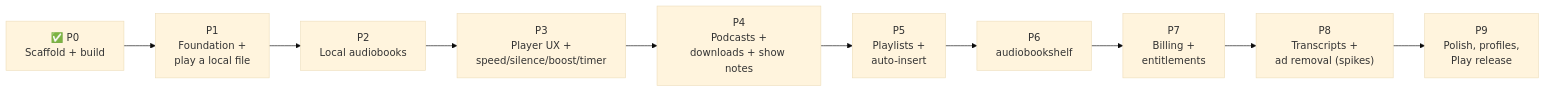
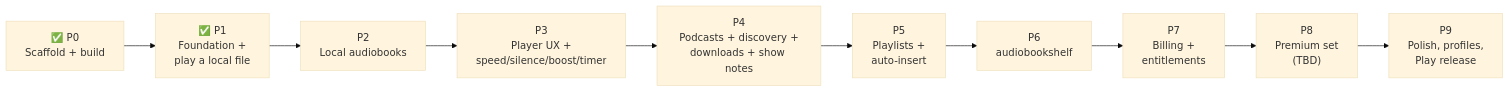
One commit to ricetim/orator changed the seventh of 7 diagrams in docs/architecture.md. Above: the diagram before and after it, drawn with Mermaid (base theme). The commit also changed other lines of this file, not shown here.

First line of the commit message:
docs: fold 2026-06-09 product decisions into the architecture plan

````diff
--- a/docs/architecture.md
+++ b/docs/architecture.md
@@ -596,12 +616,12 @@
 ```mermaid
 flowchart LR
-    P0["✅ P0<br/>Scaffold + build"] --> P1["P1<br/>Foundation +<br/>play a local file"]
+    P0["✅ P0<br/>Scaffold + build"] --> P1["✅ P1<br/>Foundation +<br/>play a local file"]
     P1 --> P2["P2<br/>Local audiobooks"]
     P2 --> P3["P3<br/>Player UX +<br/>speed/silence/boost/timer"]
-    P3 --> P4["P4<br/>Podcasts +<br/>downloads + show notes"]
+    P3 --> P4["P4<br/>Podcasts + discovery +<br/>downloads + show notes"]
     P4 --> P5["P5<br/>Playlists +<br/>auto-insert"]
     P5 --> P6["P6<br/>audiobookshelf"]
     P6 --> P7["P7<br/>Billing +<br/>entitlements"]
-    P7 --> P8["P8<br/>Transcripts +<br/>ad removal (spikes)"]
+    P7 --> P8["P8<br/>Premium set<br/>(TBD)"]
     P8 --> P9["P9<br/>Polish, profiles,<br/>Play release"]
 ```
````
